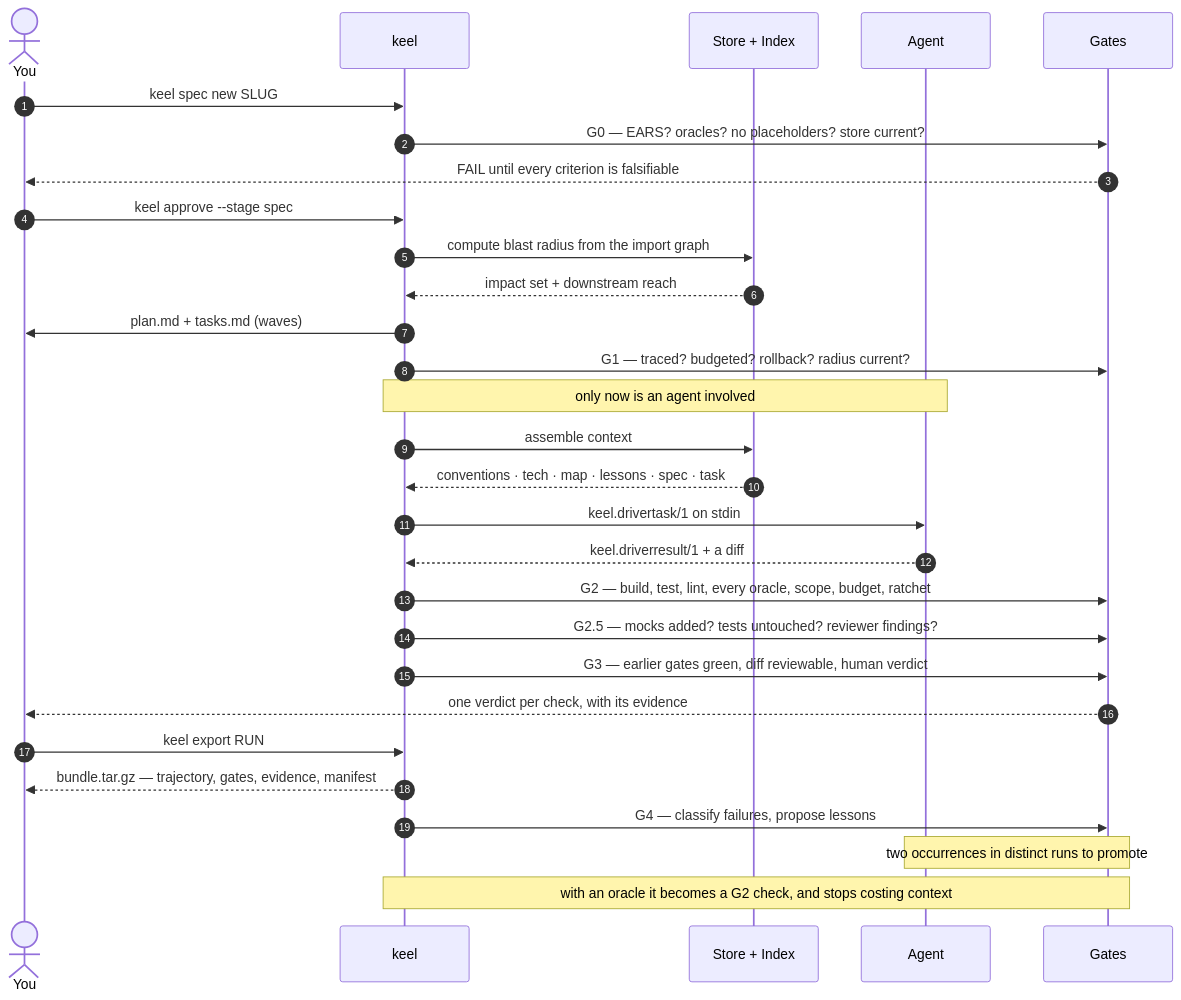
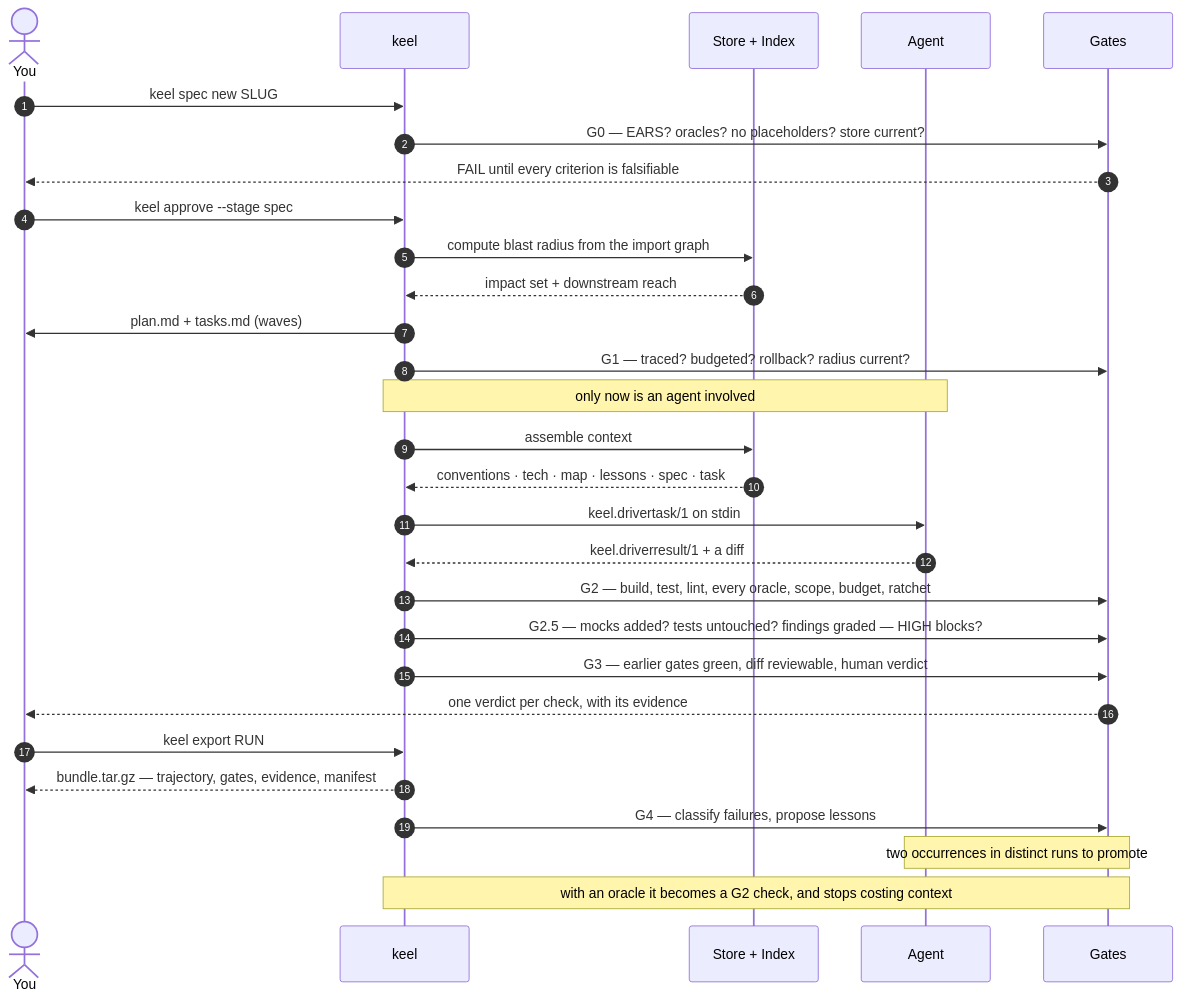
One commit to daneb/keel changed the second of 2 diagrams in README.md. Above: the diagram before and after it, drawn with Mermaid. The commit also changed other lines of this file and 11 other files, not shown here.

````diff
--- a/README.md
+++ b/README.md
@@ -123,38 +124,38 @@
 ```mermaid
 sequenceDiagram
     autonumber
     actor You
     participant K as keel
     participant S as Store + Index
     participant A as Agent
     participant G as Gates
 
     You->>K: keel spec new SLUG
     K->>G: G0 — EARS? oracles? no placeholders? store current?
     G-->>You: FAIL until every criterion is falsifiable
     You->>K: keel approve --stage spec
 
     K->>S: compute blast radius from the import graph
     S-->>K: impact set + downstream reach
     K->>You: plan.md + tasks.md (waves)
     K->>G: G1 — traced? budgeted? rollback? radius current?
 
     Note over K,A: only now is an agent involved
 
     K->>S: assemble context
     S-->>K: conventions · tech · map · lessons · spec · task
     K->>A: keel.drivertask/1 on stdin
     A-->>K: keel.driverresult/1 + a diff
 
     K->>G: G2 — build, test, lint, every oracle, scope, budget, ratchet
-    K->>G: G2.5 — mocks added? tests untouched? reviewer findings?
+    K->>G: G2.5 — mocks added? tests untouched? findings graded — HIGH blocks?
     K->>G: G3 — earlier gates green, diff reviewable, human verdict
     G-->>You: one verdict per check, with its evidence
 
     You->>K: keel export RUN
     K-->>You: bundle.tar.gz — trajectory, gates, evidence, manifest
 
     K->>G: G4 — classify failures, propose lessons
     Note over A,G: two occurrences in distinct runs to promote
     Note over G,K: with an oracle it becomes a G2 check, and stops costing context
 ```
````
